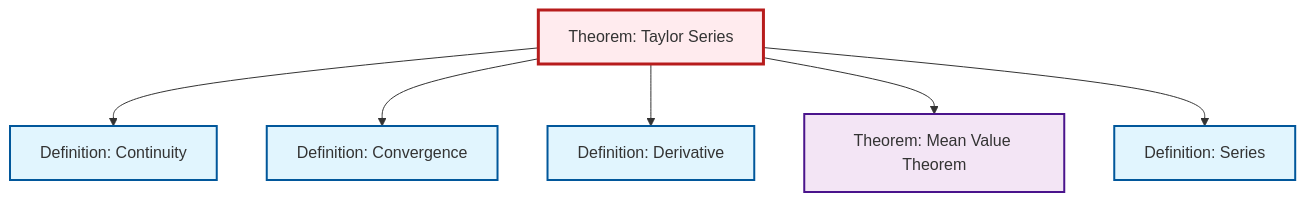
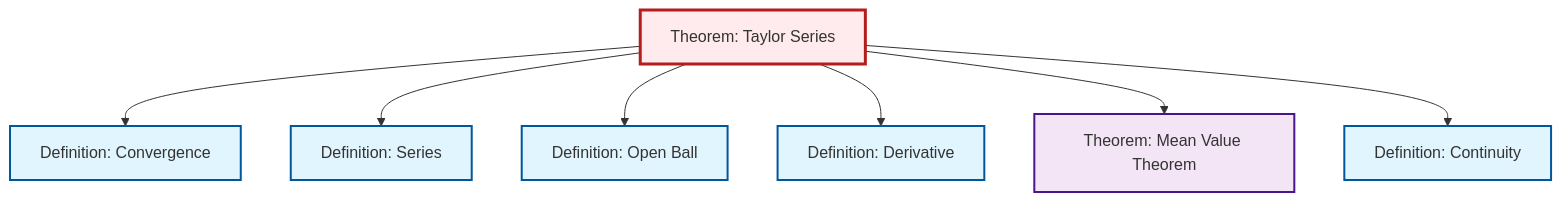
One commit to RK0429/ModernMath changed the diagram in content/en/analysis/thm-taylor-series.qmd. Above: the diagram before and after it, drawn with Mermaid. The commit also changed 1069 other files, not shown here.

````diff
--- a/content/en/analysis/thm-taylor-series.qmd
+++ b/content/en/analysis/thm-taylor-series.qmd
@@ -108,26 +108,29 @@
 ```{mermaid}
 %%| fig-cap: "Local dependency graph"
 graph TD
     classDef definition fill:#e1f5fe,stroke:#01579b,stroke-width:2px
     classDef theorem fill:#f3e5f5,stroke:#4a148c,stroke-width:2px
     classDef axiom fill:#fff3e0,stroke:#e65100,stroke-width:2px
     classDef example fill:#e8f5e9,stroke:#1b5e20,stroke-width:2px
     classDef current fill:#ffebee,stroke:#b71c1c,stroke-width:3px
+    def-series["Definition: Series"]:::definition
+    thm-mean-value["Theorem: Mean Value Theorem"]:::theorem
     def-convergence["Definition: Convergence"]:::definition
     def-continuity["Definition: Continuity"]:::definition
-    def-series["Definition: Series"]:::definition
+    def-open-ball["Definition: Open Ball"]:::definition
+    thm-taylor-series["Theorem: Taylor Series"]:::theorem
     def-derivative["Definition: Derivative"]:::definition
-    thm-taylor-series["Theorem: Taylor Series"]:::theorem
-    thm-mean-value["Theorem: Mean Value Theorem"]:::theorem
-    thm-taylor-series --> def-continuity
     thm-taylor-series --> def-convergence
+    thm-taylor-series --> def-series
+    thm-taylor-series --> def-open-ball
     thm-taylor-series --> def-derivative
     thm-taylor-series --> thm-mean-value
-    thm-taylor-series --> def-series
+    thm-taylor-series --> def-continuity
     class thm-taylor-series current
+    click def-series "def-series.html" "Go to Series definition"
+    click thm-mean-value "thm-mean-value.html" "Go to Mean Value Theorem theorem"
     click def-convergence "def-convergence.html" "Go to Convergence definition"
     click def-continuity "def-continuity.html" "Go to Continuity definition"
-    click def-series "def-series.html" "Go to Series definition"
+    click def-open-ball "def-open-ball.html" "Go to Open Ball definition"
     click def-derivative "def-derivative.html" "Go to Derivative definition"
-    click thm-mean-value "thm-mean-value.html" "Go to Mean Value Theorem theorem"
 ```
````
